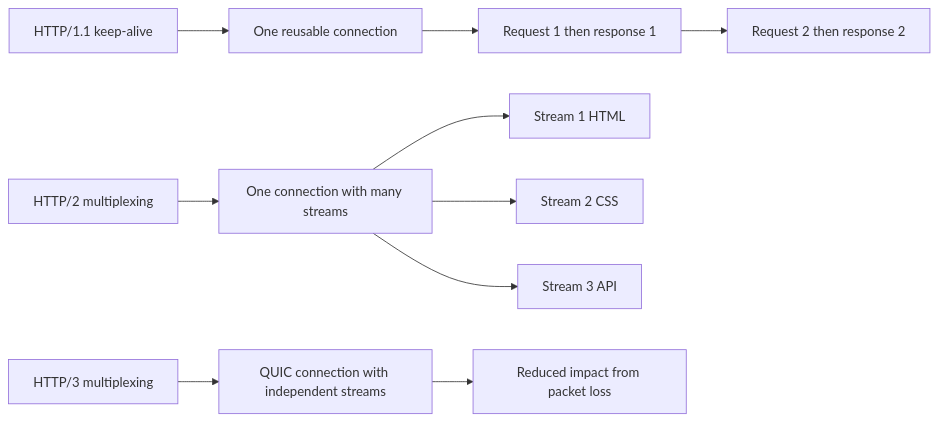
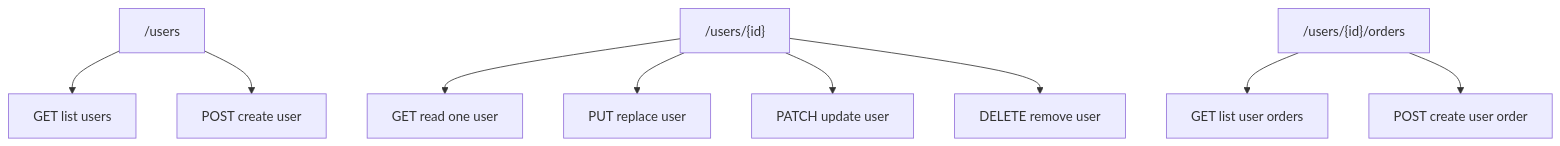
Before and after one commit to ShasidharReddy/Linux: diagram 20 of 27 in 06-WebServers/01-http-fundamentals.md, drawn with Mermaid. The commit also changed other lines of this file and 25 other files, not shown here.

First line of the commit message:
docs: visual protocol guides with diagrams & educational images (#3)

````diff
--- a/06-WebServers/01-http-fundamentals.md
+++ b/06-WebServers/01-http-fundamentals.md
@@ -986,12 +2805,11 @@
 ```mermaid
-graph LR
-    A["HTTP/1.1 keep-alive"] --> B["One reusable connection"]
-    B --> C["Request 1 then response 1"]
-    C --> D["Request 2 then response 2"]
-    E["HTTP/2 multiplexing"] --> F["One connection with many streams"]
-    F --> G["Stream 1 HTML"]
-    F --> H["Stream 2 CSS"]
-    F --> I["Stream 3 API"]
-    J["HTTP/3 multiplexing"] --> K["QUIC connection with independent streams"]
-    K --> L["Reduced impact from packet loss"]
+graph TD
+    A["/users"] --> B["GET list users"]
+    A --> C["POST create user"]
+    D["/users/{id}"] --> E["GET read one user"]
+    D --> F["PUT replace user"]
+    D --> G["PATCH update user"]
+    D --> H["DELETE remove user"]
+    I["/users/{id}/orders"] --> J["GET list user orders"]
+    I --> K["POST create user order"]
 ```
````
